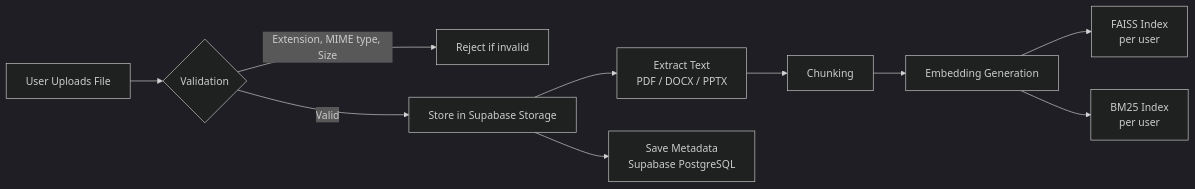
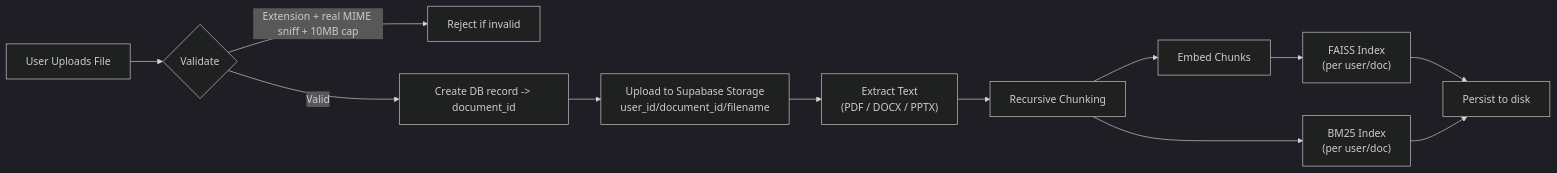
One commit to raghukeerthana02-lang/RAG-assistant changed the third of 4 diagrams in README.md. Above: the diagram before and after it, drawn with Mermaid (dark theme). The commit also changed other lines of this file, not shown here.

````diff
--- a/README.md
+++ b/README.md
@@ -94,12 +115,14 @@
 ```mermaid
 flowchart LR
-    A[User Uploads File] --> B{Validation}
-    B -->|Extension, MIME type, Size| C[Reject if invalid]
-    B -->|Valid| D[Store in Supabase Storage]
-    D --> E[Extract Text<br/>PDF / DOCX / PPTX]
-    E --> F[Chunking]
-    F --> G[Embedding Generation]
-    G --> H[FAISS Index<br/>per user]
-    G --> I[BM25 Index<br/>per user]
-    D --> J[Save Metadata<br/>Supabase PostgreSQL]
+    A[User Uploads File] --> B{Validate}
+    B -->|"Extension + real MIME sniff + 10MB cap"| C[Reject if invalid]
+    B -->|Valid| D["Create DB record -> document_id"]
+    D --> E["Upload to Supabase Storage<br/>user_id/document_id/filename"]
+    E --> F["Extract Text<br/>(PDF / DOCX / PPTX)"]
+    F --> G[Recursive Chunking]
+    G --> H[Embed Chunks]
+    H --> I["FAISS Index<br/>(per user/doc)"]
+    G --> J["BM25 Index<br/>(per user/doc)"]
+    I --> K[Persist to disk]
+    J --> K
 ```
````
